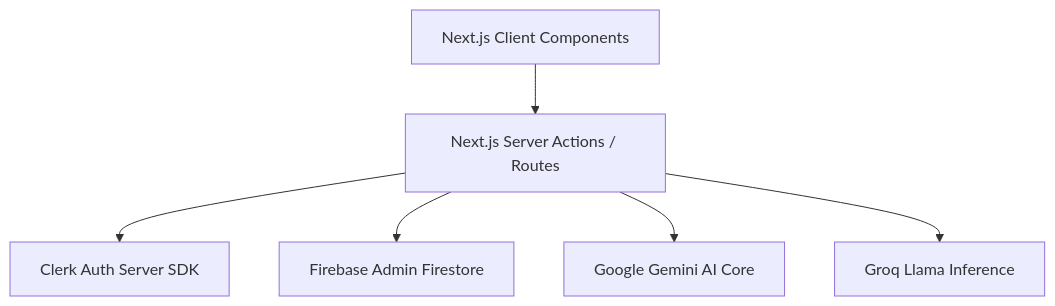
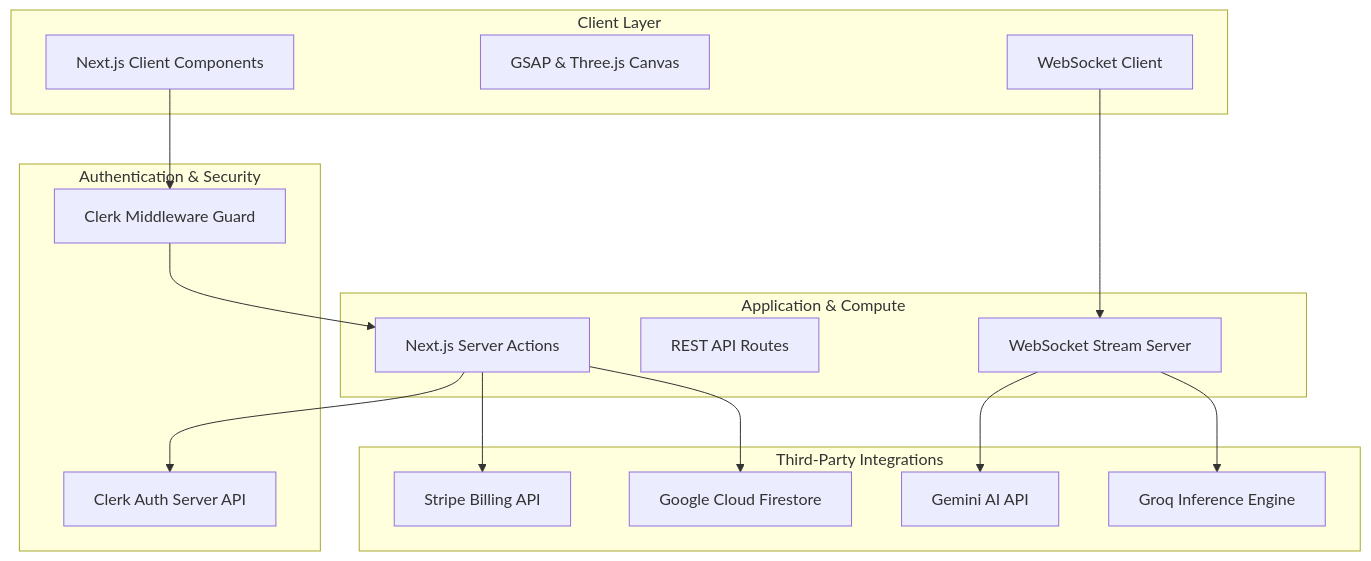
One commit to RoaraxAli/Mockrithm changed the diagram in content/docs/dev/index.mdx. Above: the diagram before and after it, drawn with Mermaid. The commit also changed other lines of this file and 50 other files, not shown here.

````diff
--- a/content/docs/dev/index.mdx
+++ b/content/docs/dev/index.mdx
@@ -12,8 +30,35 @@
 ```mermaid
 graph TD
-    Client[Next.js Client Components] --> Server[Next.js Server Actions / Routes]
-    Server --> Clerk[Clerk Auth Server SDK]
-    Server --> Firebase[Firebase Admin Firestore]
-    Server --> Gemini[Google Gemini AI Core]
-    Server --> Groq[Groq Llama Inference]
+    subgraph Client Layer
+        A[Next.js Client Components]
+        B[GSAP & Three.js Canvas]
+        C[WebSocket Client]
+    end
+
+    subgraph Authentication & Security
+        D[Clerk Middleware Guard]
+        E[Clerk Auth Server API]
+    end
+
+    subgraph Application & Compute
+        F[Next.js Server Actions]
+        G[REST API Routes]
+        H[WebSocket Stream Server]
+    end
+
+    subgraph Third-Party Integrations
+        I[Google Cloud Firestore]
+        J[Groq Inference Engine]
+        K[Gemini AI API]
+        L[Stripe Billing API]
+    end
+
+    A --> D
+    D --> F
+    F --> I
+    C --> H
+    H --> J
+    H --> K
+    F --> L
+    F --> E
 ```
````
